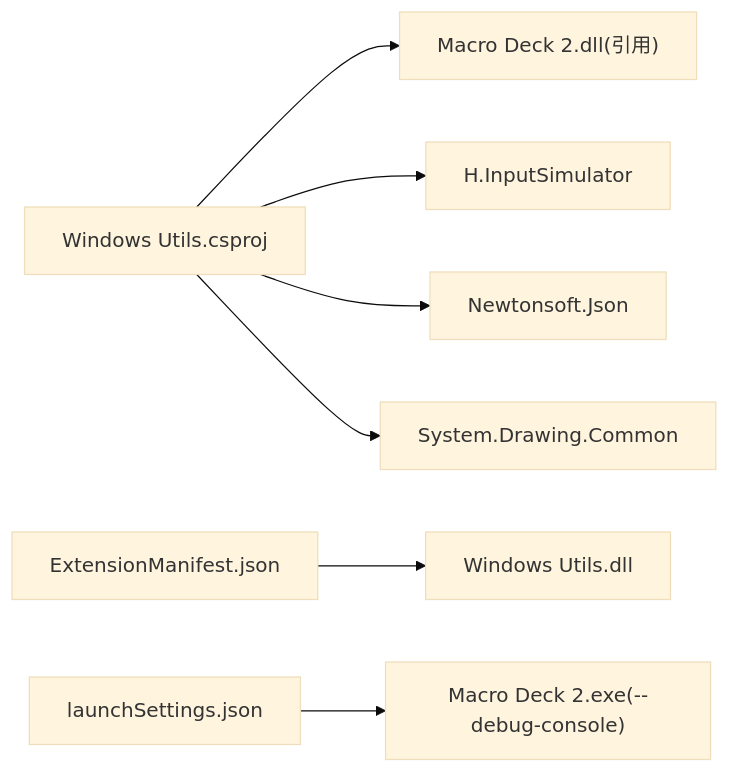
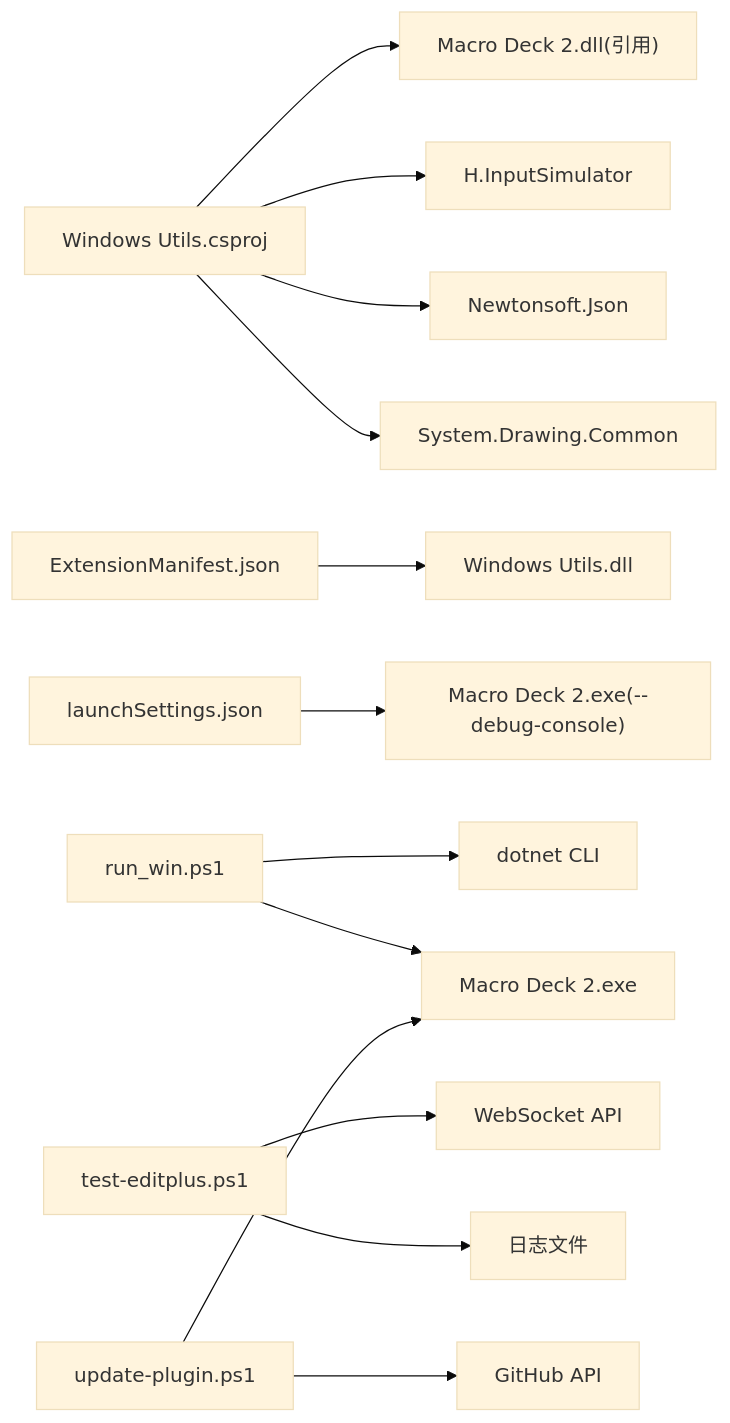
One commit to tea4go/Macro-Deck-Windows-Utils-Plugin changed diagram 17 of 17 in .qoder/repowiki/zh/content/开发者指南/测试与调试.md. Above: the diagram before and after it, drawn with Mermaid (base theme). The commit also changed other lines of this file and 30 other files, not shown here.

First line of the commit message:
chore(documentation): 更新 Macro Deck Windows 插件文档与插件索引信息

````diff
--- a/.qoder/repowiki/zh/content/开发者指南/测试与调试.md
+++ b/.qoder/repowiki/zh/content/开发者指南/测试与调试.md
@@ -382,9 +531,15 @@
 ```mermaid
 graph LR
 Proj["Windows Utils.csproj"] --> Ref["Macro Deck 2.dll(引用)"]
 Proj --> Nu1["H.InputSimulator"]
 Proj --> Nu2["Newtonsoft.Json"]
 Proj --> Nu3["System.Drawing.Common"]
 Man["ExtensionManifest.json"] --> Dll["Windows Utils.dll"]
 Launch["launchSettings.json"] --> Host["Macro Deck 2.exe(--debug-console)"]
+PS["run_win.ps1"] --> Dotnet["dotnet CLI"]
+PS --> MacroDeck["Macro Deck 2.exe"]
+Test["test-editplus.ps1"] --> WS["WebSocket API"]
+Test --> Log["日志文件"]
+Update["update-plugin.ps1"] --> GH["GitHub API"]
+Update --> MacroDeck
 ```
````
